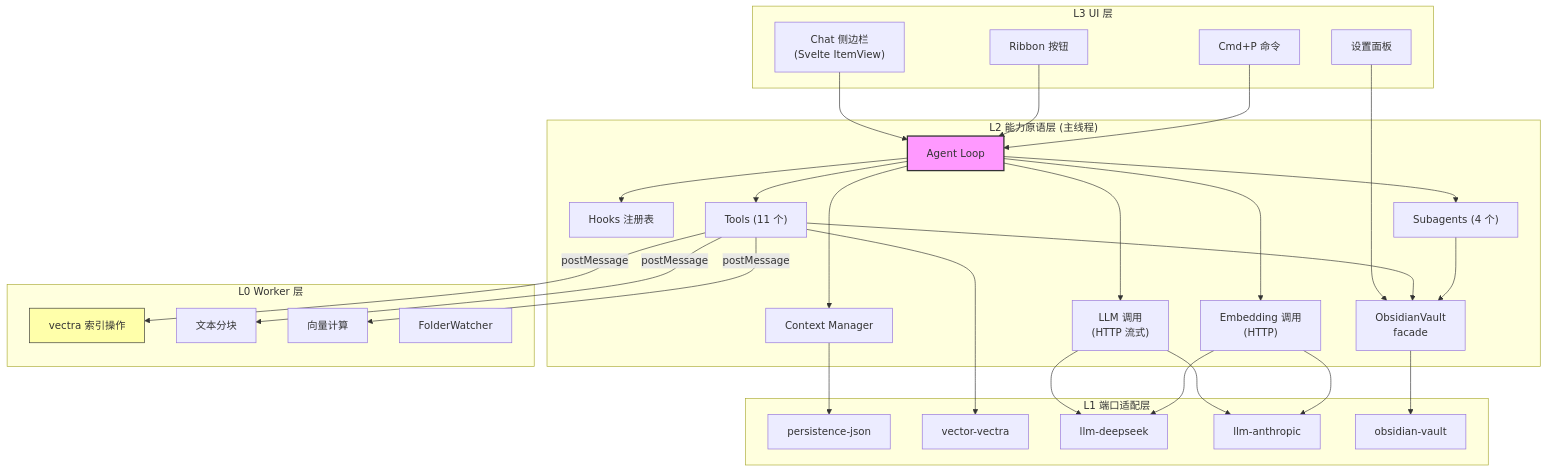
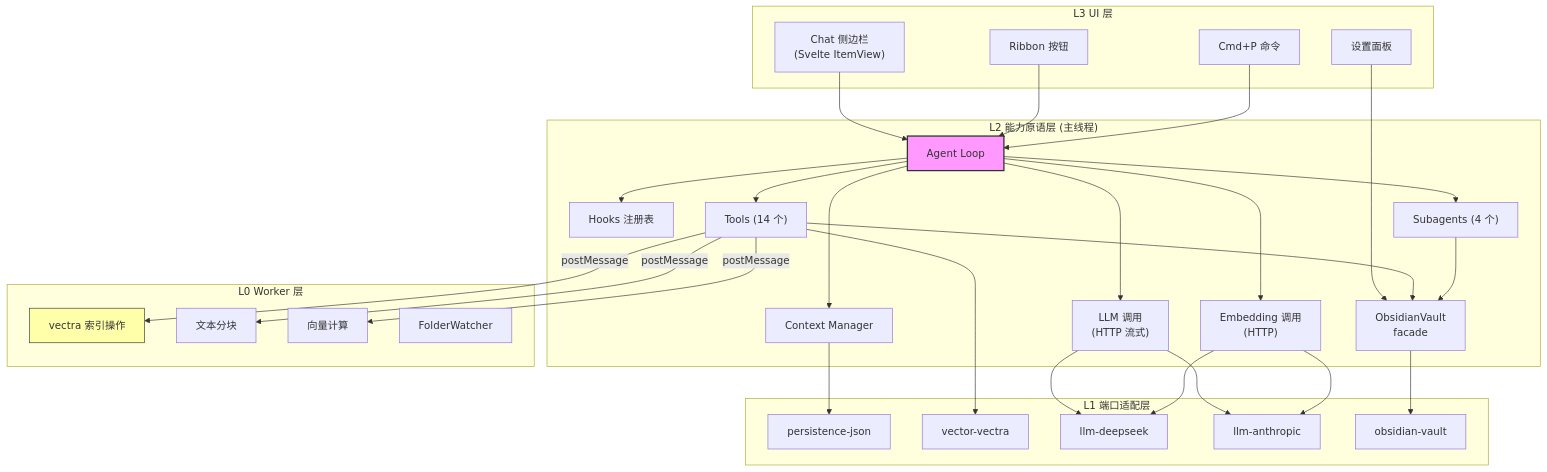
One commit to golddream-y/obsidian-ratel changed the second of 12 diagrams in docs/ARCHITECTURE.md. Above: the diagram before and after it, drawn with Mermaid. The commit also changed other lines of this file and 37 other files, not shown here.

````diff
--- a/docs/ARCHITECTURE.md
+++ b/docs/ARCHITECTURE.md
@@ -76,64 +76,64 @@
 ```mermaid
 graph TB
     subgraph "L3 UI 层"
         L3A["Chat 侧边栏<br/>(Svelte ItemView)"]
         L3B["Ribbon 按钮"]
         L3C["Cmd+P 命令"]
         L3D["设置面板"]
     end
 
     subgraph "L2 能力原语层 (主线程)"
         L2A["Agent Loop"]
         L2B["Context Manager"]
         L2C["Hooks 注册表"]
-        L2D["Tools (11 个)"]
+        L2D["Tools (14 个)"]
         L2E["Subagents (4 个)"]
         L2F["LLM 调用<br/>(HTTP 流式)"]
         L2G["Embedding 调用<br/>(HTTP)"]
         L2H["ObsidianVault<br/>facade"]
     end
 
     subgraph "L1 端口适配层"
         L1A["persistence-json"]
         L1B["vector-vectra"]
         L1C["llm-deepseek"]
         L1D["llm-anthropic"]
         L1E["obsidian-vault"]
     end
 
     subgraph "L0 Worker 层"
         L0A["vectra 索引操作"]
         L0B["文本分块"]
         L0C["向量计算"]
         L0D["FolderWatcher"]
     end
 
     L3A --> L2A
     L3B --> L2A
     L3C --> L2A
     L3D --> L2H
 
     L2A --> L2B
     L2A --> L2C
     L2A --> L2D
     L2A --> L2E
     L2A --> L2F
     L2A --> L2G
     L2D --> L2H
     L2E --> L2H
 
     L2F --> L1C
     L2F --> L1D
     L2G --> L1C
     L2G --> L1D
     L2H --> L1E
     L2B --> L1A
     L2D --> L1B
 
     L2D -->|"postMessage"| L0A
     L2D -->|"postMessage"| L0B
     L2D -->|"postMessage"| L0C
 
     style L2A fill:#f9f,stroke:#333,stroke-width:2px
     style L0A fill:#ffa,stroke:#333
 ```
````
